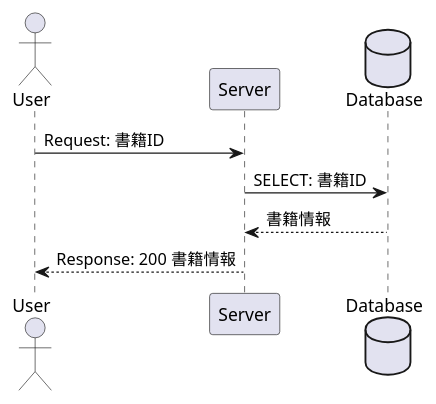
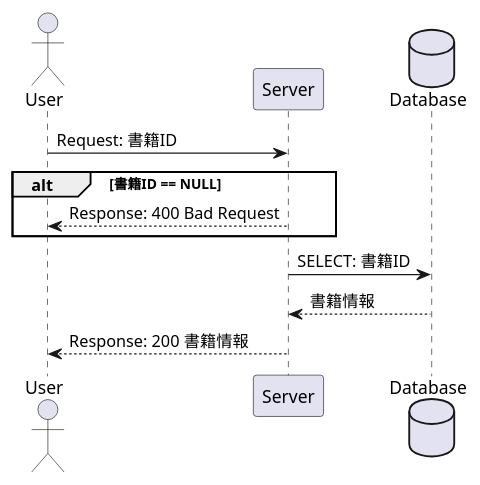
One commit to CorydorasNomu/plantumldemo changed the diagram in sample.pu. Above: the diagram before and after it, drawn with PlantUML.

Commit message:
[add] #001 HTTPリクエストのNull検証を追加
書籍IDがNullなら400:BadRequestを返却処理を追加

```diff
--- a/sample.pu
+++ b/sample.pu
@@ -1,10 +1,13 @@
 @startuml Sample Sequence
 actor       User     as user
 participant Server   as server
 database    Database as db
 
 user -> server: Request: 書籍ID
+alt 書籍ID == NULL
+  user <-- server: Response: 400 Bad Request
+end
 server -> db: SELECT: 書籍ID
 server <-- db: 書籍情報
 user <-- server: Response: 200 書籍情報
 @enduml
```
